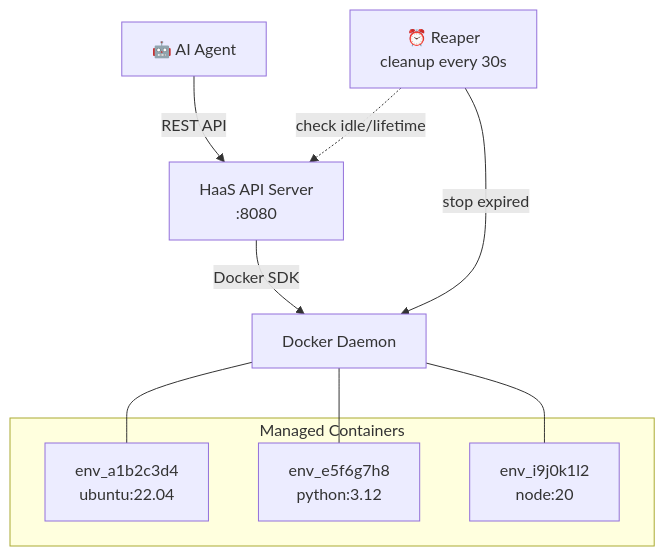
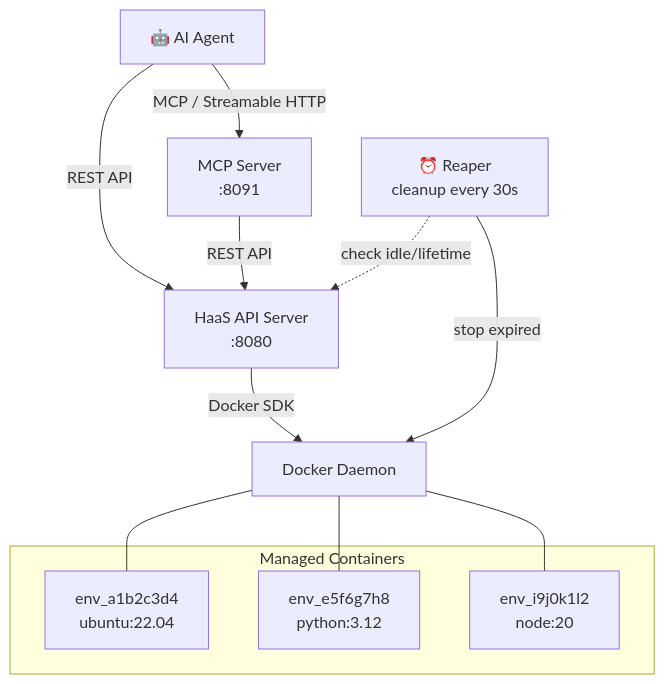
One commit to dacs30/Forge-Agent-Harness-API changed the first of 4 diagrams in README.md. Above: the diagram before and after it, drawn with Mermaid. The commit also changed other lines of this file and 10 other files, not shown here.

First line of the commit message:
feat: add MCP server integration with HaaS REST API

````diff
--- a/README.md
+++ b/README.md
@@ -16,23 +16,26 @@
 ```mermaid
 graph TB
     Agent["🤖 AI Agent"]
     HaaS["HaaS API Server<br/>:8080"]
+    MCP["MCP Server<br/>:8091"]
     Docker["Docker Daemon"]
 
     Agent -->|REST API| HaaS
+    Agent -->|MCP / Streamable HTTP| MCP
+    MCP -->|REST API| HaaS
     HaaS -->|Docker SDK| Docker
 
     subgraph Containers["Managed Containers"]
         C1["env_a1b2c3d4<br/>ubuntu:22.04"]
         C2["env_e5f6g7h8<br/>python:3.12"]
         C3["env_i9j0k1l2<br/>node:20"]
     end
 
     Docker --- C1
     Docker --- C2
     Docker --- C3
 
     Reaper["⏰ Reaper<br/>cleanup every 30s"]
     Reaper -->|stop expired| Docker
     Reaper -.->|check idle/lifetime| HaaS
 ```
````
